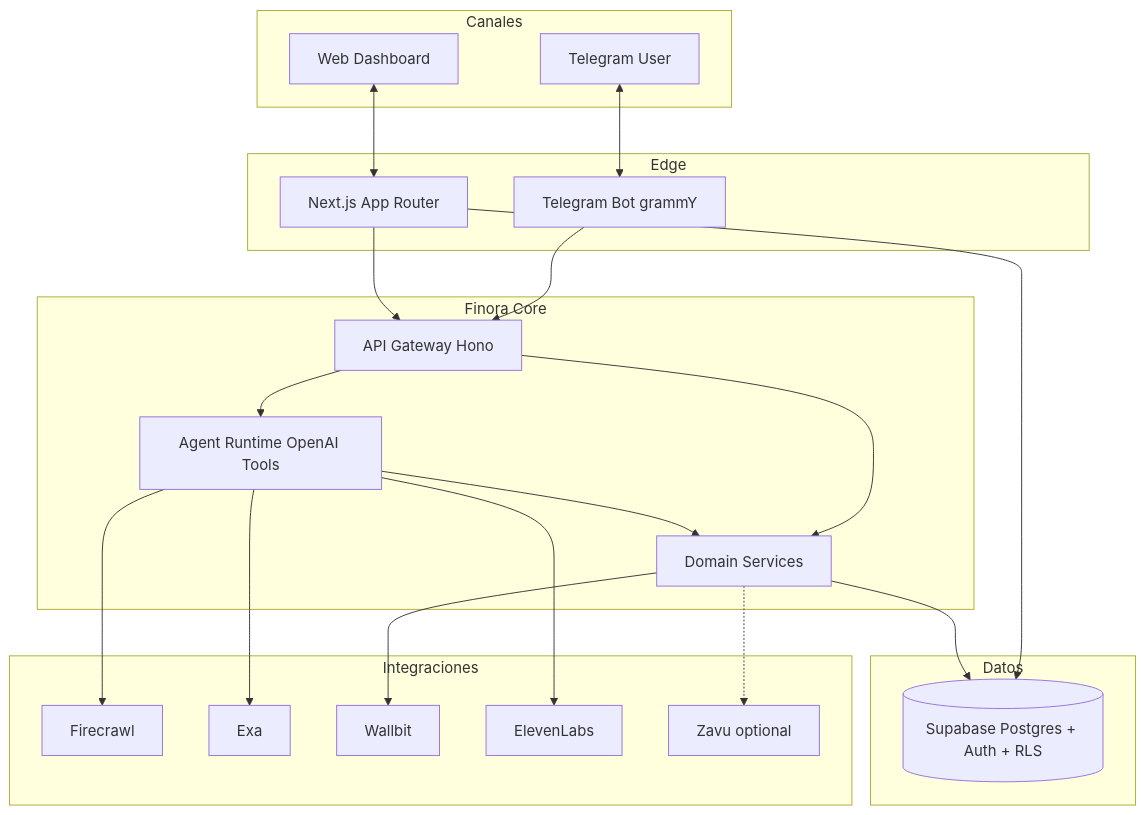
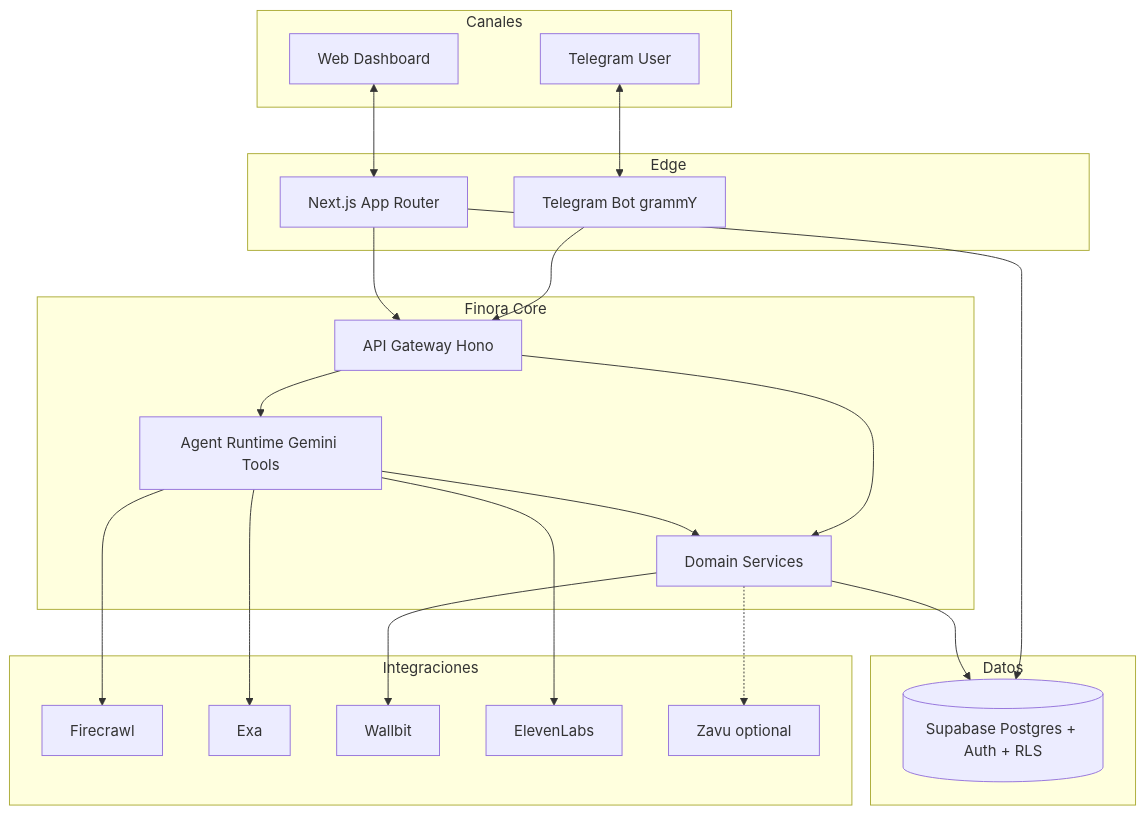
One commit to Erickm29/Finora-Agent changed the first of 3 diagrams in docs/context/architecture.md. Above: the diagram before and after it, drawn with Mermaid. The commit also changed other lines of this file and 53 other files, not shown here.

First line of the commit message:
Add Finora backend monorepo: API, Telegram bot, Gemini agent, and Supabase.

````diff
--- a/docs/context/architecture.md
+++ b/docs/context/architecture.md
@@ -22,45 +22,45 @@
 ```mermaid
 flowchart TB
   subgraph clients [Canales]
     TG[Telegram User]
     WEB[Web Dashboard]
   end
 
   subgraph edge [Edge]
     Bot[Telegram Bot grammY]
     Next[Next.js App Router]
   end
 
   subgraph core [Finora Core]
     API[API Gateway Hono]
-    Agent[Agent Runtime OpenAI Tools]
+    Agent[Agent Runtime Gemini Tools]
     Domain[Domain Services]
   end
 
   subgraph data [Datos]
     SB[(Supabase Postgres + Auth + RLS)]
   end
 
   subgraph ext [Integraciones]
     FC[Firecrawl]
     EX[Exa]
     WB[Wallbit]
     EL[ElevenLabs]
     ZV[Zavu optional]
   end
 
   TG <--> Bot
   WEB <--> Next
   Bot --> API
   Next --> API
   Next --> SB
   API --> Agent
   API --> Domain
   Agent --> Domain
   Domain --> SB
   Agent --> FC
   Agent --> EX
   Domain --> WB
   Agent --> EL
   Domain -.-> ZV
 ```
````
